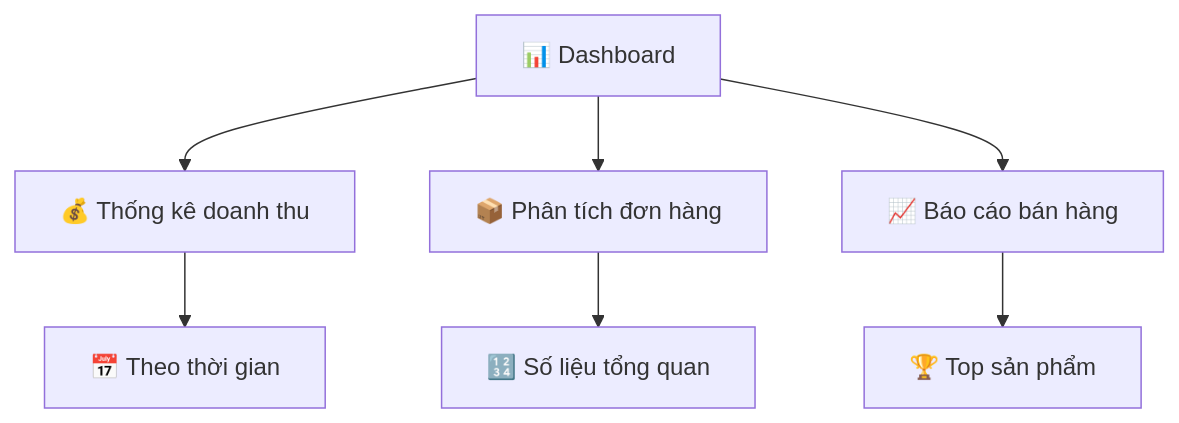
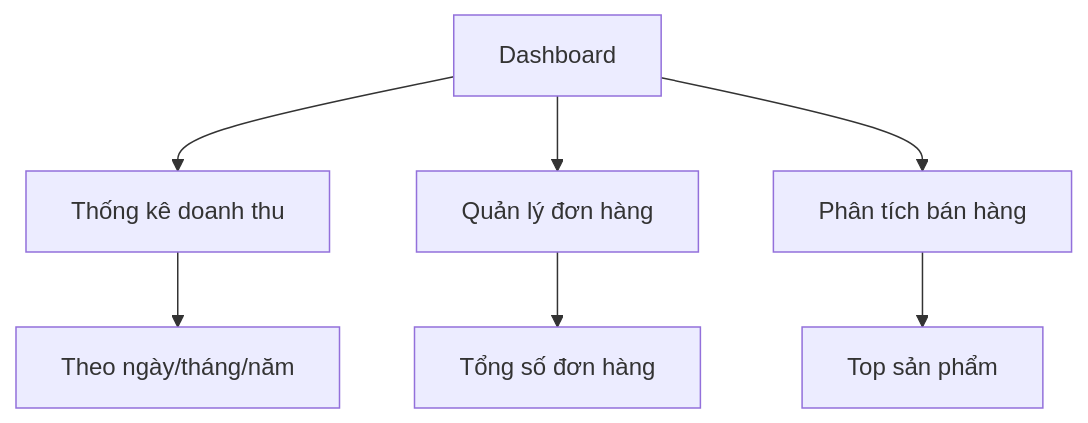
The eighth of 17 diagrams in README.md (toantran00/BTTH_12), drawn with Mermaid before and after one commit. The commit also changed other lines of this file, not shown here.

````diff
--- a/README.md
+++ b/README.md
@@ -199,9 +316,9 @@
 ```mermaid
-flowchart TD
-    A[📊 Dashboard] --> B[💰 Thống kê doanh thu]
-    A --> C[📦 Phân tích đơn hàng]
-    A --> D[📈 Báo cáo bán hàng]
-    B --> E[📅 Theo thời gian]
-    C --> F[🔢 Số liệu tổng quan]
-    D --> G[🏆 Top sản phẩm]
+graph TD
+    A[Dashboard] --> B[Thống kê doanh thu]
+    A --> C[Quản lý đơn hàng]
+    A --> D[Phân tích bán hàng]
+    B --> E[Theo ngày/tháng/năm]
+    C --> F[Tổng số đơn hàng]
+    D --> G[Top sản phẩm]
 ```
````
